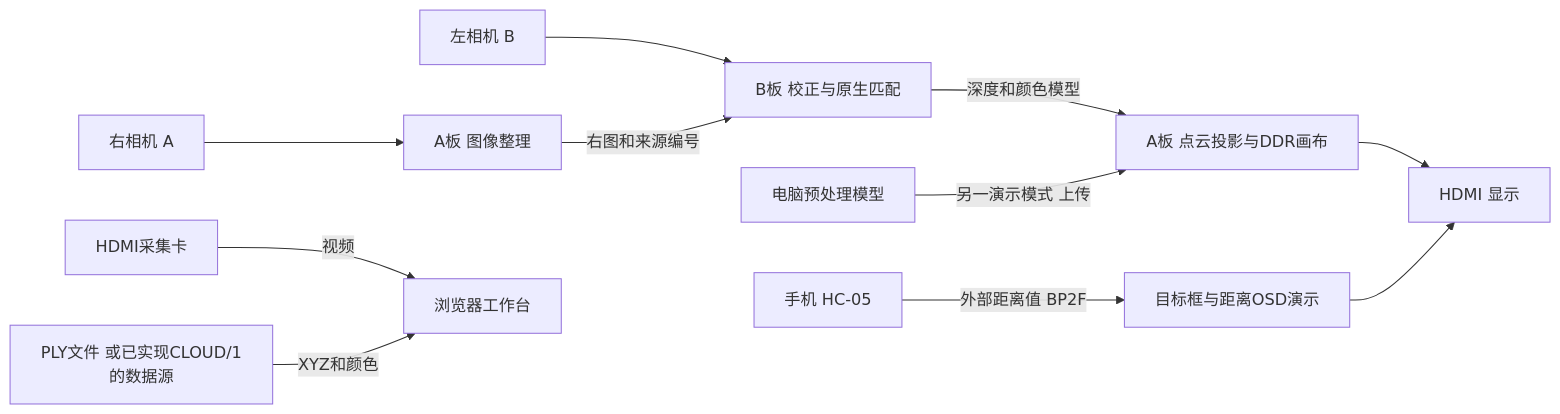
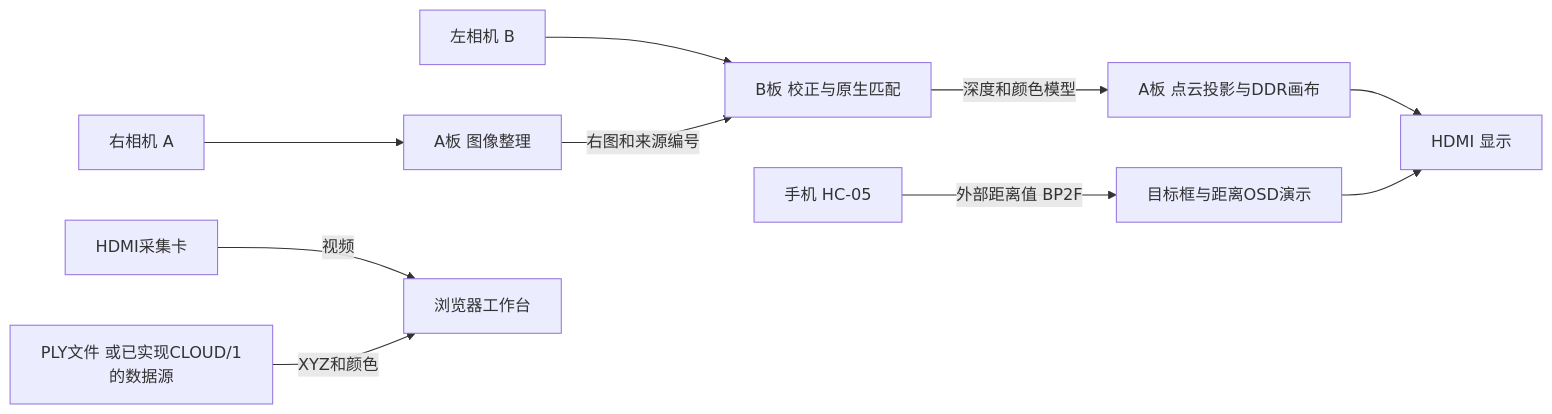
One commit to mil0chengzhi/ph1p35-stereo-vision changed the diagram in docs/guide/architecture.md. Above: the diagram before and after it, drawn with Mermaid. The commit also changed other lines of this file and 31 other files, not shown here.

````diff
--- a/docs/guide/architecture.md
+++ b/docs/guide/architecture.md
@@ -5,13 +5,12 @@
 ```mermaid
 flowchart LR
     L[左相机 B] --> B[B板 校正与原生匹配]
     R[右相机 A] --> A[A板 图像整理]
     A -->|右图和来源编号| B
     B -->|深度和颜色模型| P[A板 点云投影与DDR画布]
     P --> HDMI[HDMI 显示]
-    PC[电脑预处理模型] -->|另一演示模式 上传| P
     BT[手机 HC-05] -->|外部距离值 BP2F| OSD[目标框与距离OSD演示]
     OSD --> HDMI
     CAP[HDMI采集卡] -->|视频| WEB[浏览器工作台]
     FILE[PLY文件 或已实现CLOUD/1的数据源] -->|XYZ和颜色| WEB
 ```
````
